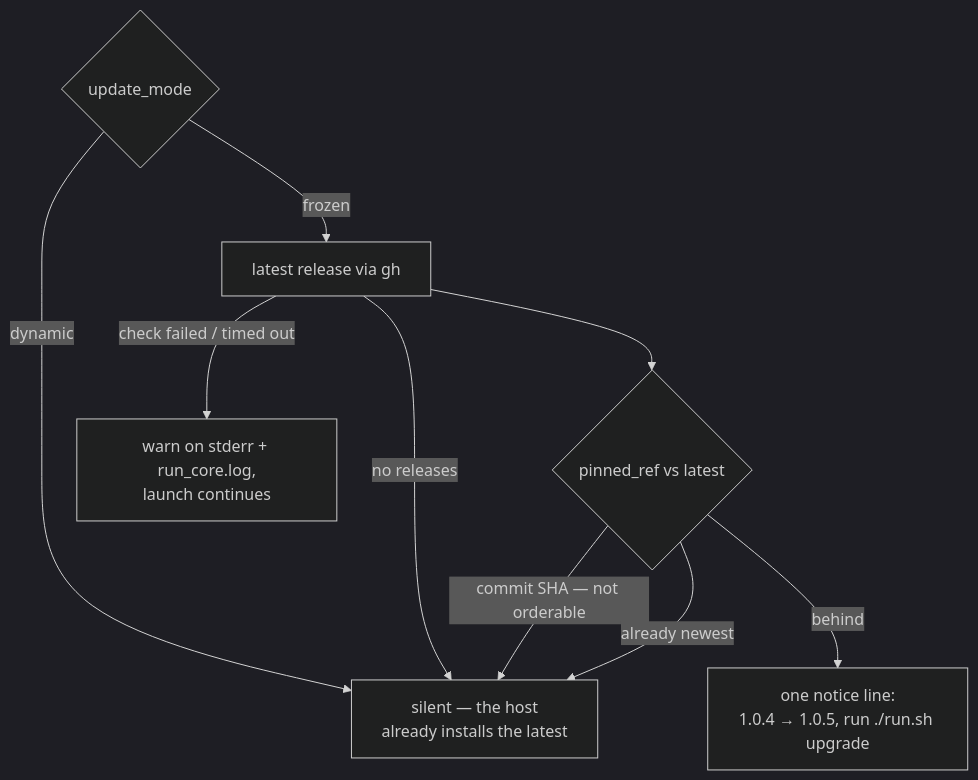
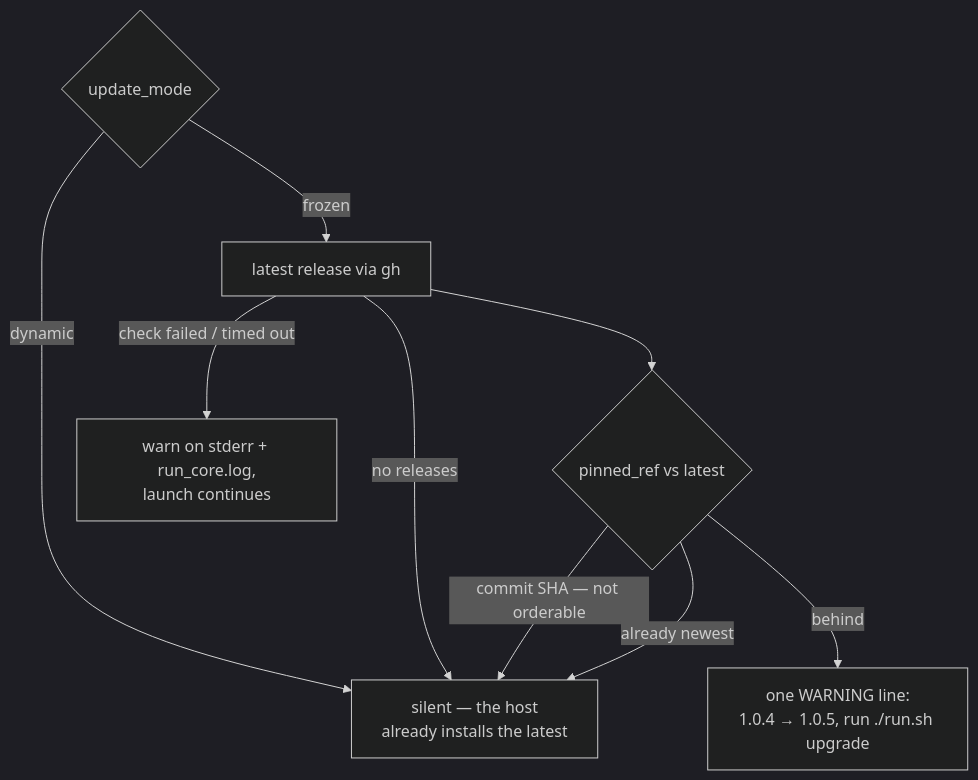
One commit to stSoftwareAU/VibeCoder changed the ninth of 29 diagrams in docs/CONFIGURATION.md. Above: the diagram before and after it, drawn with Mermaid (dark theme). The commit also changed other lines of this file and 6 other files, not shown here.

````diff
--- a/docs/CONFIGURATION.md
+++ b/docs/CONFIGURATION.md
@@ -1551,11 +1561,11 @@
 ```mermaid
 flowchart TD
     M{"update_mode"} -->|dynamic| S["silent — the host<br/>already installs the latest"]
     M -->|frozen| L["latest release via gh"]
     L -->|"check failed / timed out"| W["warn on stderr + run_core.log,<br/>launch continues"]
     L -->|no releases| S
     L --> C{"pinned_ref vs latest"}
     C -->|"commit SHA — not orderable"| S
     C -->|"already newest"| S
-    C -->|"behind"| N["one notice line:<br/>1.0.4 → 1.0.5, run ./run.sh upgrade"]
+    C -->|"behind"| N["one WARNING line:<br/>1.0.4 → 1.0.5, run ./run.sh upgrade"]
 ```
````
